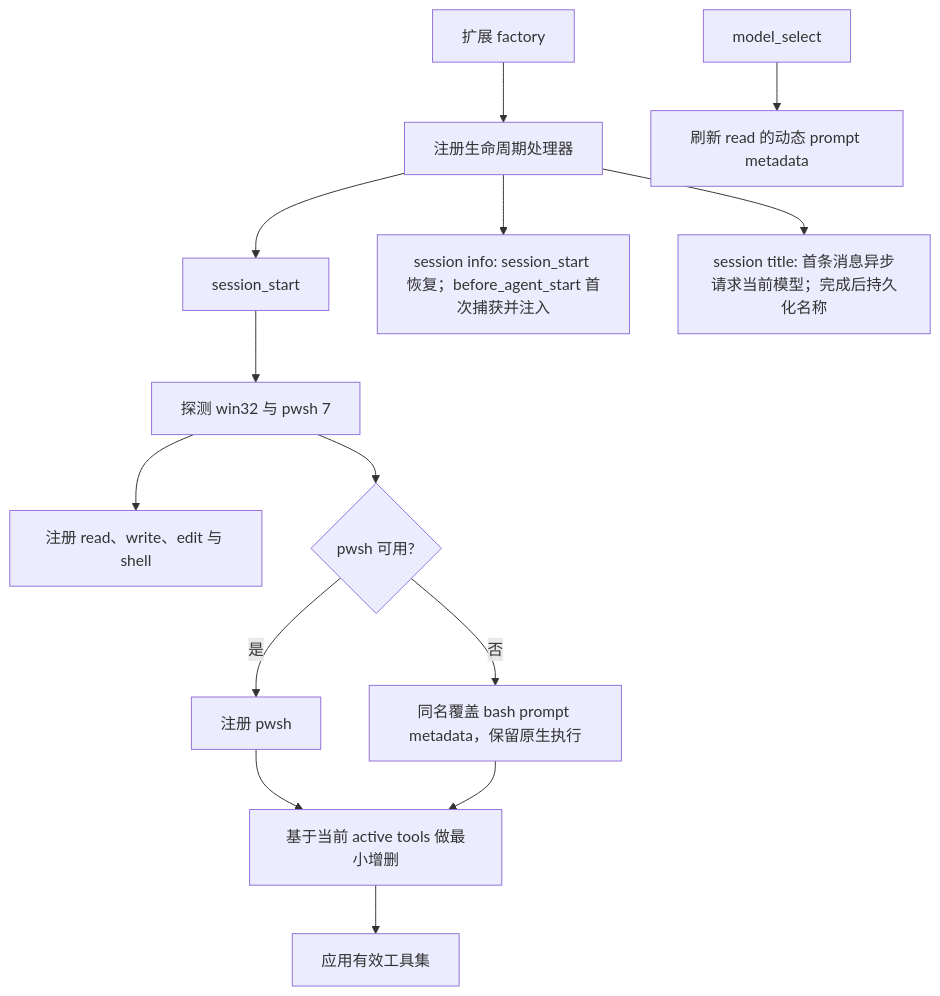
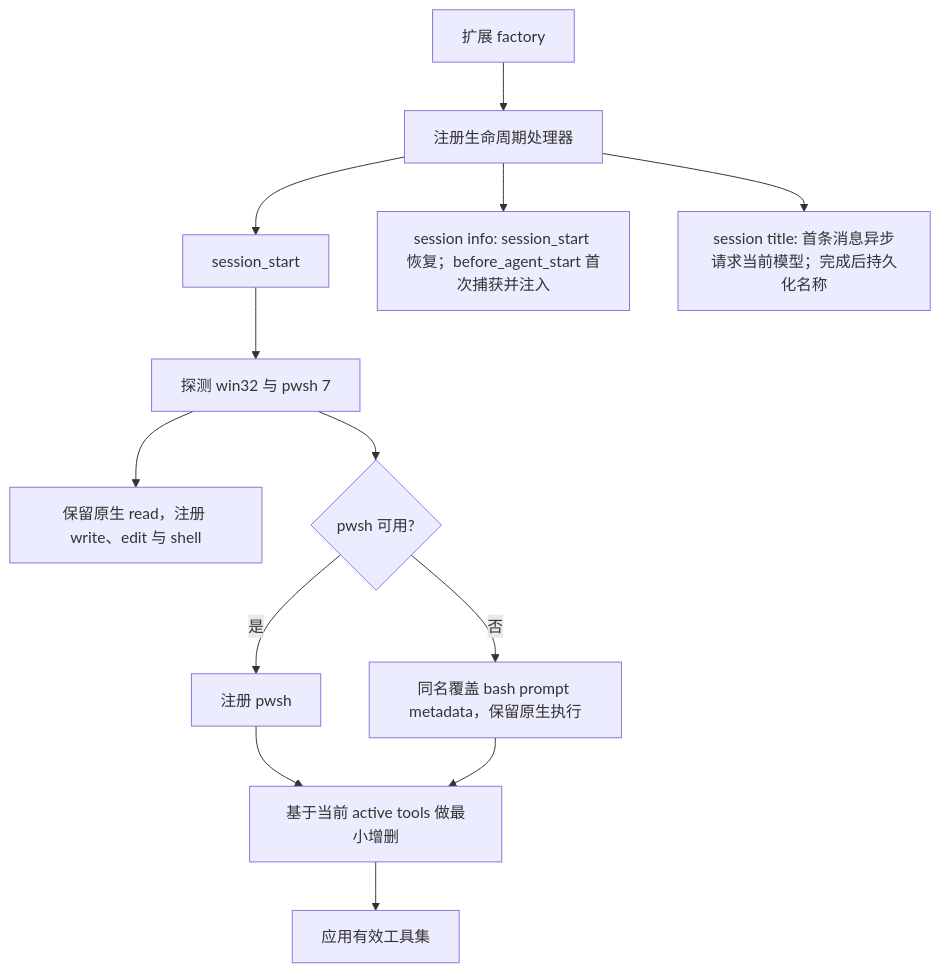
Before and after one commit to cha133/pi-enhanced: the diagram in docs/architecture.md, drawn with Mermaid. The commit also changed other lines of this file and 15 other files, not shown here.

````diff
--- a/docs/architecture.md
+++ b/docs/architecture.md
@@ -30,16 +28,15 @@
 ```mermaid
 flowchart TD
     A["扩展 factory"] --> B["注册生命周期处理器"]
     B --> C["session_start"]
     C --> D["探测 win32 与 pwsh 7"]
-    D --> E["注册 read、write、edit 与 shell"]
+    D --> E["保留原生 read，注册 write、edit 与 shell"]
     D --> F{"pwsh 可用?"}
     F -->|是| G["注册 pwsh"]
     F -->|否| H["同名覆盖 bash prompt metadata，保留原生执行"]
     G --> I["基于当前 active tools 做最小增删"]
     H --> I
     I --> J["应用有效工具集"]
-    K["model_select"] --> L["刷新 read 的动态 prompt metadata"]
     B --> M["session info: session_start 恢复；before_agent_start 首次捕获并注入"]
     B --> N["session title: 首条消息异步请求当前模型；完成后持久化名称"]
 ```
````
